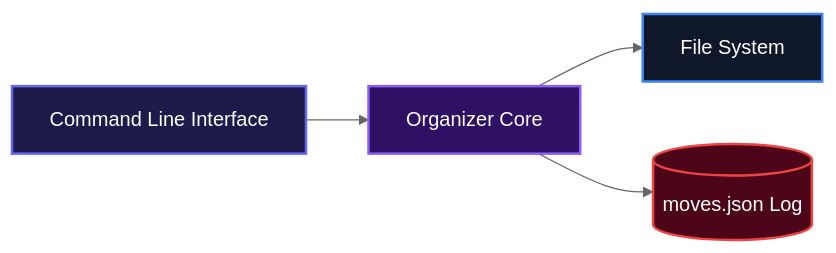
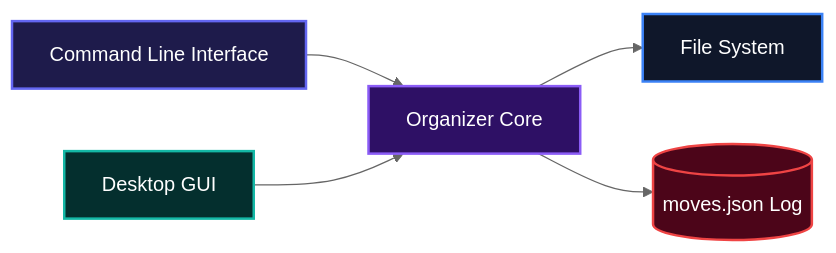
One commit to Deelolade/file-organizer changed the first of 3 diagrams in README.md. Above: the diagram before and after it, drawn with Mermaid (neutral theme). The commit also changed other lines of this file and 4 other files, not shown here.

````diff
--- a/README.md
+++ b/README.md
@@ -7,16 +7,19 @@
 ```mermaid
 flowchart LR
   CLI["Command Line Interface"]
+  GUI["Desktop GUI"]
   Script["Organizer Core"]
   FS["File System"]
   Log[("moves.json Log")]
 
   CLI --> Script
+  GUI --> Script
   Script --> FS
   Script --> Log
 
   style CLI fill:#1e1b4b,stroke:#6366f1,stroke-width:2px,color:#fff
+  style GUI fill:#042f2e,stroke:#14b8a6,stroke-width:2px,color:#fff
   style Script fill:#2e1065,stroke:#8b5cf6,stroke-width:2px,color:#fff
   style FS fill:#0f172a,stroke:#3b82f6,stroke-width:2px,color:#fff
   style Log fill:#4c0519,stroke:#ef4444,stroke-width:2px,color:#fff
 ```
````
